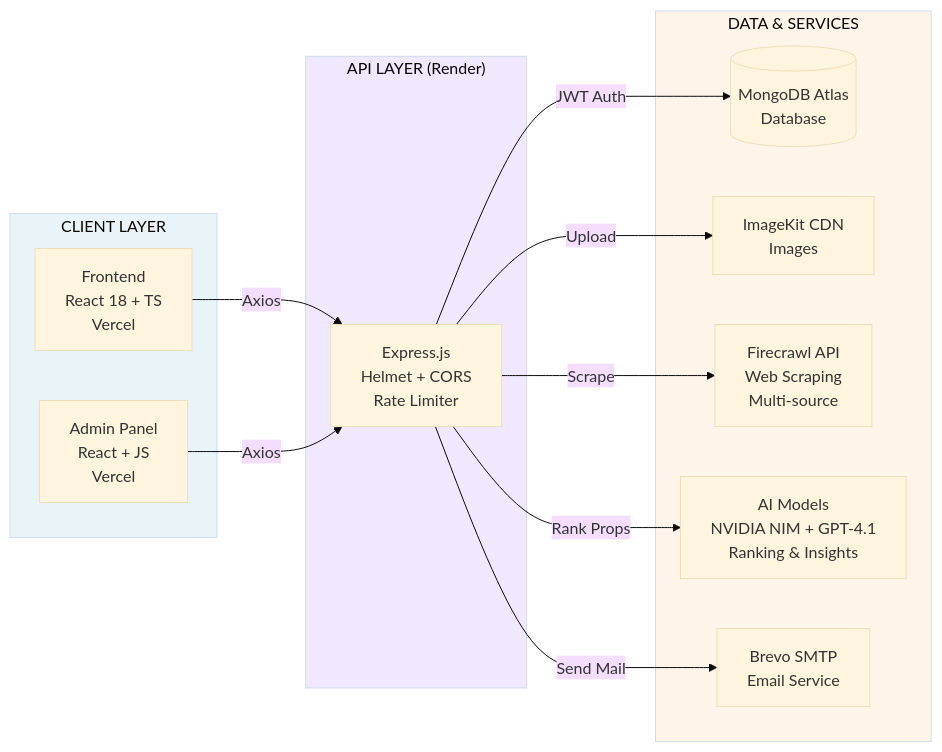
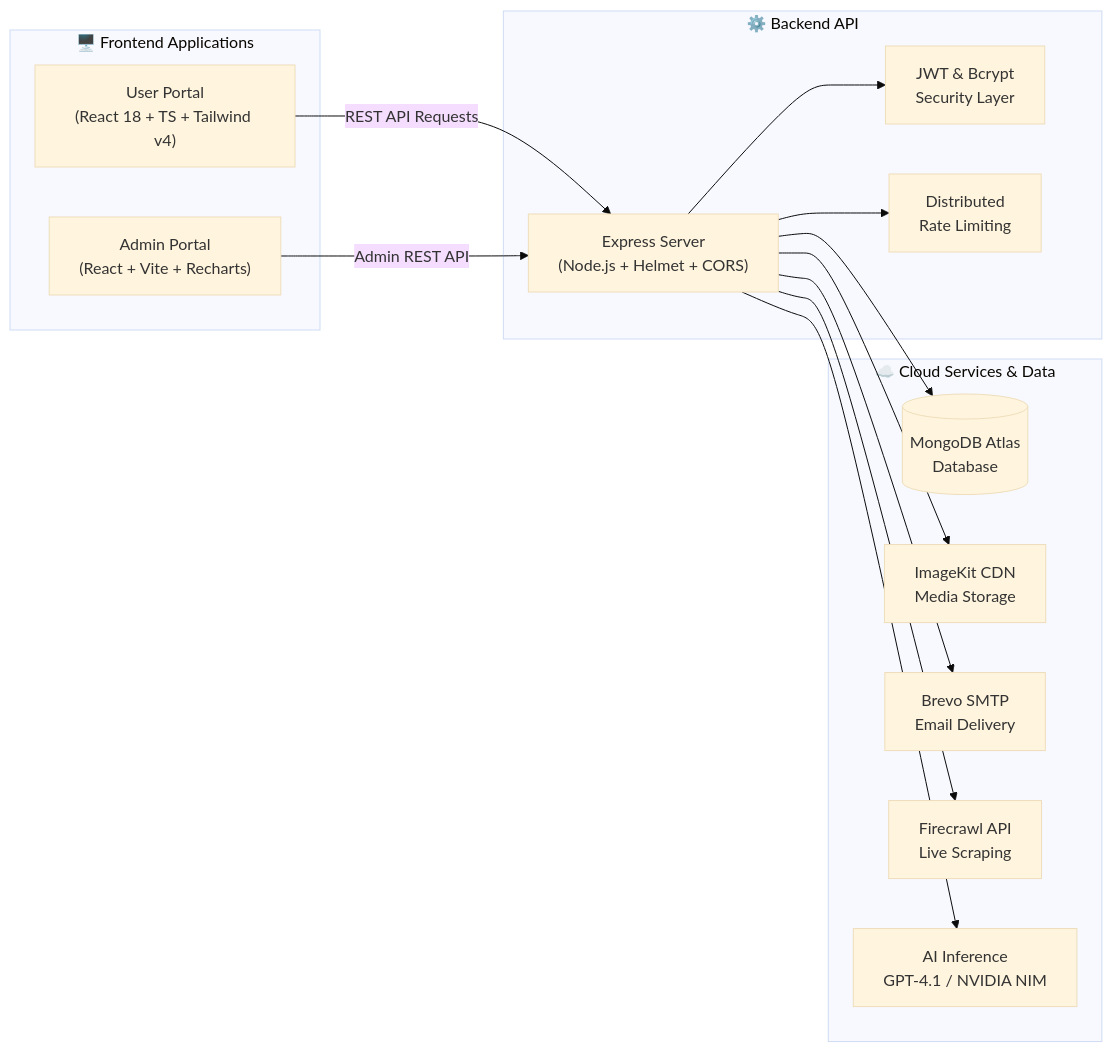
The second of 2 diagrams in README.md (abhishekachar05/Real-Estate-Website), drawn with Mermaid (base theme) before and after one commit. The commit also changed other lines of this file, not shown here.

````diff
--- a/README.md
+++ b/README.md
@@ -382,31 +170,31 @@
 ```mermaid
-flowchart LR
-    subgraph Client["CLIENT LAYER"]
-        FE["Frontend<br/>React 18 + TS<br/>Vercel"]
-      AD["Admin Panel<br/>React + JS<br/>Vercel"]
+graph LR
+    subgraph ClientLayer["🖥️ Frontend Applications"]
+        FE["User Portal<br/>(React 18 + TS + Tailwind v4)"]
+        ADMIN["Admin Portal<br/>(React + Vite + Recharts)"]
     end
-    
-    subgraph API["API LAYER (Render)"]
-        BE["Express.js<br/>Helmet + CORS<br/>Rate Limiter"]
+
+    subgraph ServerLayer["⚙️ Backend API"]
+        EXPRESS["Express Server<br/>(Node.js + Helmet + CORS)"]
+        AUTH["JWT & Bcrypt<br/>Security Layer"]
+        RATE["Distributed<br/>Rate Limiting"]
     end
-    
-    subgraph Data["DATA & SERVICES"]
-        DB[("MongoDB Atlas<br/>Database")]
-        IK["ImageKit CDN<br/>Images"]
-        FC["Firecrawl API<br/>Web Scraping<br/>Multi-source"]
-        AI["AI Models<br/>NVIDIA NIM + GPT-4.1<br/>Ranking & Insights"]
-        EMAIL["Brevo SMTP<br/>Email Service"]
+
+    subgraph ExternalServices["☁️ Cloud Services & Data"]
+        MONGO[("MongoDB Atlas<br/>Database")]
+        IK["ImageKit CDN<br/>Media Storage"]
+        BREVO["Brevo SMTP<br/>Email Delivery"]
+        FC_EXT["Firecrawl API<br/>Live Scraping"]
+        AI_EXT["AI Inference<br/>GPT-4.1 / NVIDIA NIM"]
     end
-    
-    FE -->|Axios| BE
-    AD -->|Axios| BE
-    BE -->|JWT Auth| DB
-    BE -->|Upload| IK
-    BE -->|Scrape| FC
-    BE -->|Rank Props| AI
-    BE -->|Send Mail| EMAIL
-    
-    style Client fill:#E8F4F8
-    style API fill:#F0E8FF
-    style Data fill:#FFF4E8
+
+    FE -->|REST API Requests| EXPRESS
+    ADMIN -->|Admin REST API| EXPRESS
+    EXPRESS --> AUTH
+    EXPRESS --> RATE
+    EXPRESS --> MONGO
+    EXPRESS --> IK
+    EXPRESS --> BREVO
+    EXPRESS --> FC_EXT
+    EXPRESS --> AI_EXT
 ```
````
